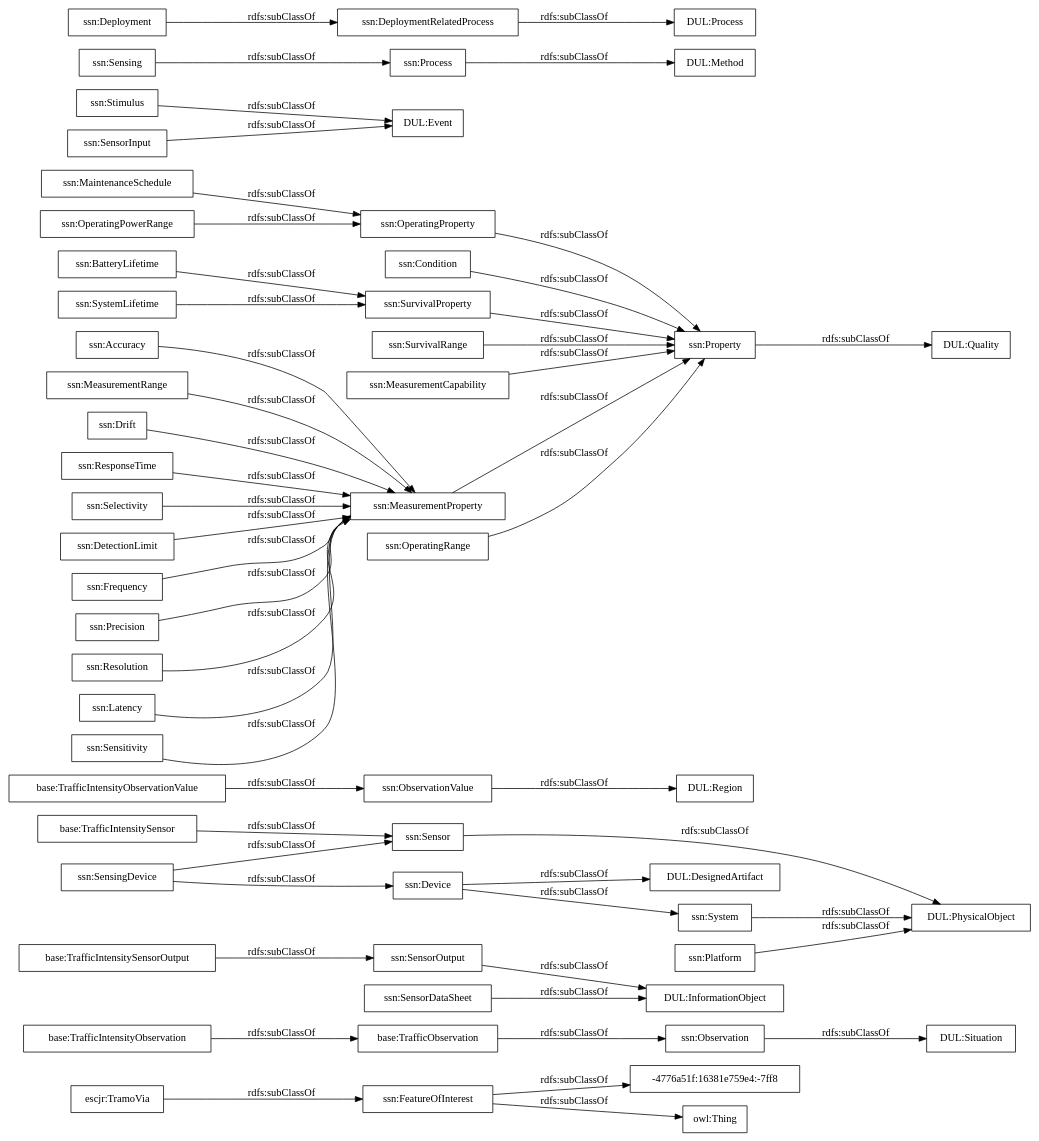
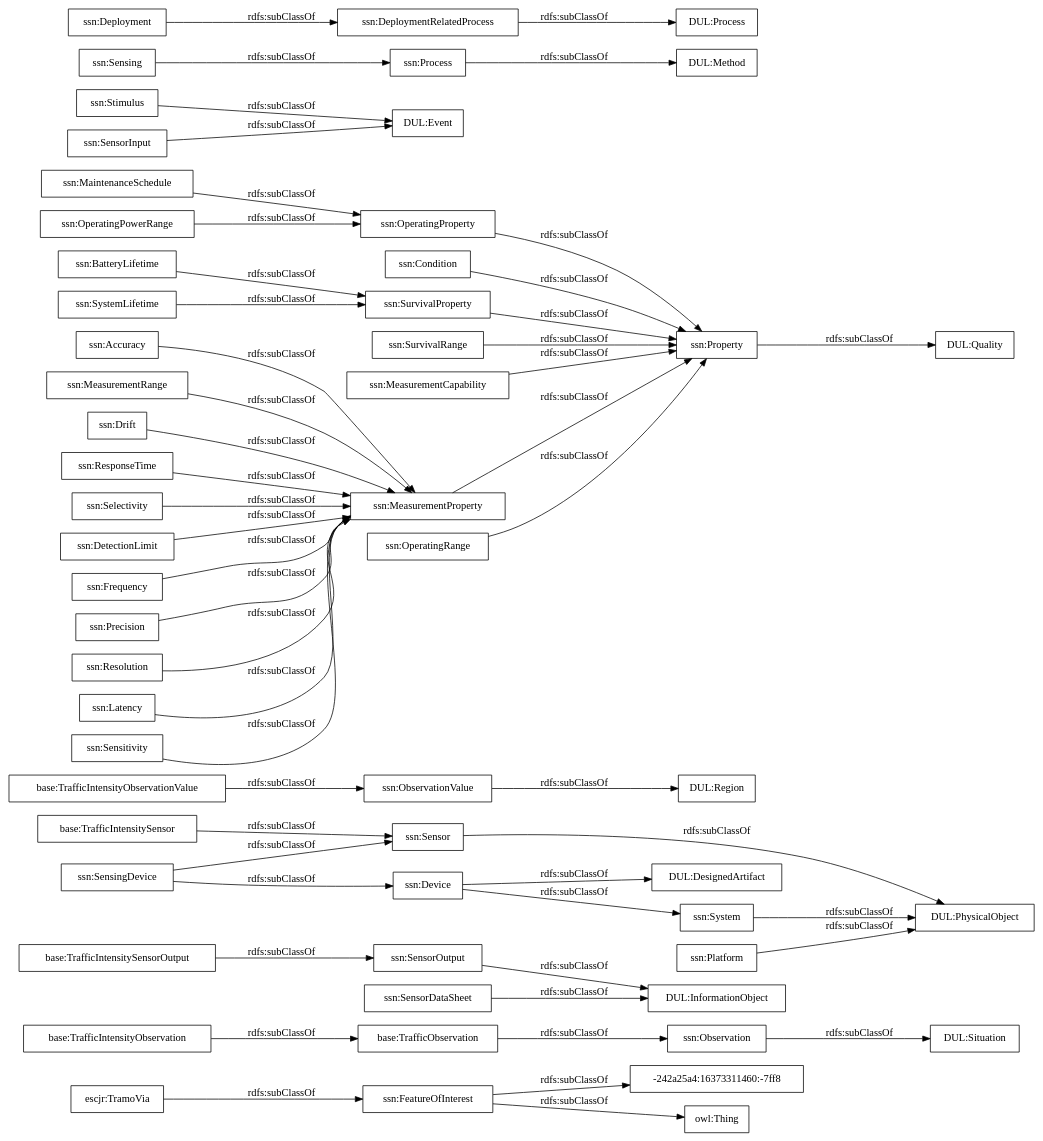
One commit to ma-garcia/visualization changed the diagram in OnToology/transporte-trafico-tiempo-real/trafico.owl/diagrams/ar2dtool-taxonomy/trafico.owl.png.dot. Above: the diagram before and after it, drawn with Graphviz. The commit also changed 114 other files, not shown here.

```diff
--- a/OnToology/transporte-trafico-tiempo-real/trafico.owl/diagrams/ar2dtool-taxonomy/trafico.owl.png.dot
+++ b/OnToology/transporte-trafico-tiempo-real/trafico.owl/diagrams/ar2dtool-taxonomy/trafico.owl.png.dot
@@ -1,54 +1,54 @@
 digraph ar2dtool_diagram { 
 rankdir=LR;
 size="1000"
-node [shape = rectangle, color="black"]; "escjr:TramoVia" "base:TrafficObservation" "base:TrafficIntensitySensorOutput" "base:TrafficIntensitySensor" "base:TrafficIntensityObservationValue" "base:TrafficIntensityObservation" "ssn:Accuracy" "ssn:DetectionLimit" "ssn:Frequency" "ssn:Condition" "DUL:Region" "DUL:Situation" "DUL:PhysicalObject" "ssn:SensorOutput" "ssn:Precision" "ssn:Resolution" "DUL:Quality" "ssn:FeatureOfInterest" "ssn:Sensor" "DUL:InformationObject" "ssn:OperatingProperty" "DUL:Event" "ssn:OperatingPowerRange" "DUL:Method" "ssn:MaintenanceSchedule" "ssn:Sensing" "ssn:Latency" "ssn:SurvivalRange" "ssn:SensingDevice" "DUL:DesignedArtifact" "ssn:Sensitivity" "ssn:Stimulus" "DUL:Process" "ssn:MeasurementRange" "ssn:System" "ssn:SystemLifetime" "ssn:Property" "ssn:MeasurementProperty" "ssn:Process" "ssn:Deployment" "ssn:MeasurementCapability" "ssn:BatteryLifetime" "ssn:Drift" "ssn:DeploymentRelatedProcess" "ssn:SensorInput" "-4776a51f:16381e759e4:-7ff8" "ssn:ResponseTime" "ssn:ObservationValue" "ssn:SensorDataSheet" "ssn:Observation" "ssn:Selectivity" "ssn:SurvivalProperty" "ssn:Device" "ssn:OperatingRange" "ssn:Platform" ; /*classes style*/
+node [shape = rectangle, color="black"]; "escjr:TramoVia" "base:TrafficObservation" "base:TrafficIntensitySensorOutput" "base:TrafficIntensitySensor" "base:TrafficIntensityObservationValue" "base:TrafficIntensityObservation" "-242a25a4:16373311460:-7ff8" "ssn:Accuracy" "ssn:DetectionLimit" "ssn:Frequency" "ssn:Condition" "DUL:Region" "DUL:Situation" "DUL:PhysicalObject" "ssn:SensorOutput" "ssn:Precision" "ssn:Resolution" "DUL:Quality" "ssn:FeatureOfInterest" "ssn:Sensor" "DUL:InformationObject" "ssn:OperatingProperty" "DUL:Event" "ssn:OperatingPowerRange" "DUL:Method" "ssn:MaintenanceSchedule" "ssn:Sensing" "ssn:Latency" "ssn:SurvivalRange" "ssn:SensingDevice" "DUL:DesignedArtifact" "ssn:Sensitivity" "ssn:Stimulus" "DUL:Process" "ssn:MeasurementRange" "ssn:System" "ssn:SystemLifetime" "ssn:Property" "ssn:MeasurementProperty" "ssn:Process" "ssn:Deployment" "ssn:MeasurementCapability" "ssn:BatteryLifetime" "ssn:Drift" "ssn:DeploymentRelatedProcess" "ssn:SensorInput" "ssn:ResponseTime" "ssn:ObservationValue" "ssn:SensorDataSheet" "ssn:Observation" "ssn:Selectivity" "ssn:SurvivalProperty" "ssn:Device" "ssn:OperatingRange" "ssn:Platform" ; /*classes style*/
 	"ssn:Deployment" -> "ssn:DeploymentRelatedProcess" [ label = "rdfs:subClassOf" ];
 	"ssn:SensingDevice" -> "ssn:Sensor" [ label = "rdfs:subClassOf" ];
 	"ssn:SensingDevice" -> "ssn:Device" [ label = "rdfs:subClassOf" ];
 	"ssn:DeploymentRelatedProcess" -> "DUL:Process" [ label = "rdfs:subClassOf" ];
 	"ssn:Accuracy" -> "ssn:MeasurementProperty" [ label = "rdfs:subClassOf" ];
 	"ssn:FeatureOfInterest" -> "owl:Thing" [ label = "rdfs:subClassOf" ];
-	"ssn:FeatureOfInterest" -> "-4776a51f:16381e759e4:-7ff8" [ label = "rdfs:subClassOf" ];
+	"ssn:FeatureOfInterest" -> "-242a25a4:16373311460:-7ff8" [ label = "rdfs:subClassOf" ];
 	"ssn:Latency" -> "ssn:MeasurementProperty" [ label = "rdfs:subClassOf" ];
 	"base:TrafficIntensityObservation" -> "base:TrafficObservation" [ label = "rdfs:subClassOf" ];
 	"ssn:Process" -> "DUL:Method" [ label = "rdfs:subClassOf" ];
 	"ssn:Property" -> "DUL:Quality" [ label = "rdfs:subClassOf" ];
 	"ssn:MeasurementProperty" -> "ssn:Property" [ label = "rdfs:subClassOf" ];
 	"ssn:ResponseTime" -> "ssn:MeasurementProperty" [ label = "rdfs:subClassOf" ];
 	"ssn:OperatingRange" -> "ssn:Property" [ label = "rdfs:subClassOf" ];
 	"ssn:MeasurementRange" -> "ssn:MeasurementProperty" [ label = "rdfs:subClassOf" ];
 	"ssn:Stimulus" -> "DUL:Event" [ label = "rdfs:subClassOf" ];
 	"ssn:SurvivalProperty" -> "ssn:Property" [ label = "rdfs:subClassOf" ];
 	"base:TrafficIntensitySensorOutput" -> "ssn:SensorOutput" [ label = "rdfs:subClassOf" ];
 	"ssn:MaintenanceSchedule" -> "ssn:OperatingProperty" [ label = "rdfs:subClassOf" ];
 	"base:TrafficIntensitySensor" -> "ssn:Sensor" [ label = "rdfs:subClassOf" ];
 	"ssn:SensorInput" -> "DUL:Event" [ label = "rdfs:subClassOf" ];
 	"ssn:Sensitivity" -> "ssn:MeasurementProperty" [ label = "rdfs:subClassOf" ];
 	"ssn:Drift" -> "ssn:MeasurementProperty" [ label = "rdfs:subClassOf" ];
 	"ssn:System" -> "DUL:PhysicalObject" [ label = "rdfs:subClassOf" ];
 	"ssn:Resolution" -> "ssn:MeasurementProperty" [ label = "rdfs:subClassOf" ];
 	"ssn:Precision" -> "ssn:MeasurementProperty" [ label = "rdfs:subClassOf" ];
 	"escjr:TramoVia" -> "ssn:FeatureOfInterest" [ label = "rdfs:subClassOf" ];
 	"ssn:DetectionLimit" -> "ssn:MeasurementProperty" [ label = "rdfs:subClassOf" ];
 	"ssn:Sensor" -> "DUL:PhysicalObject" [ label = "rdfs:subClassOf" ];
 	"ssn:SensorDataSheet" -> "DUL:InformationObject" [ label = "rdfs:subClassOf" ];
 	"ssn:OperatingPowerRange" -> "ssn:OperatingProperty" [ label = "rdfs:subClassOf" ];
 	"ssn:ObservationValue" -> "DUL:Region" [ label = "rdfs:subClassOf" ];
 	"base:TrafficObservation" -> "ssn:Observation" [ label = "rdfs:subClassOf" ];
 	"ssn:Device" -> "DUL:DesignedArtifact" [ label = "rdfs:subClassOf" ];
 	"ssn:Device" -> "ssn:System" [ label = "rdfs:subClassOf" ];
 	"ssn:Platform" -> "DUL:PhysicalObject" [ label = "rdfs:subClassOf" ];
 	"ssn:OperatingProperty" -> "ssn:Property" [ label = "rdfs:subClassOf" ];
 	"ssn:Selectivity" -> "ssn:MeasurementProperty" [ label = "rdfs:subClassOf" ];
 	"ssn:BatteryLifetime" -> "ssn:SurvivalProperty" [ label = "rdfs:subClassOf" ];
 	"ssn:Observation" -> "DUL:Situation" [ label = "rdfs:subClassOf" ];
 	"ssn:Sensing" -> "ssn:Process" [ label = "rdfs:subClassOf" ];
 	"base:TrafficIntensityObservationValue" -> "ssn:ObservationValue" [ label = "rdfs:subClassOf" ];
 	"ssn:SystemLifetime" -> "ssn:SurvivalProperty" [ label = "rdfs:subClassOf" ];
 	"ssn:SurvivalRange" -> "ssn:Property" [ label = "rdfs:subClassOf" ];
 	"ssn:SensorOutput" -> "DUL:InformationObject" [ label = "rdfs:subClassOf" ];
 	"ssn:Frequency" -> "ssn:MeasurementProperty" [ label = "rdfs:subClassOf" ];
 	"ssn:Condition" -> "ssn:Property" [ label = "rdfs:subClassOf" ];
 	"ssn:MeasurementCapability" -> "ssn:Property" [ label = "rdfs:subClassOf" ];
 
 }
```
